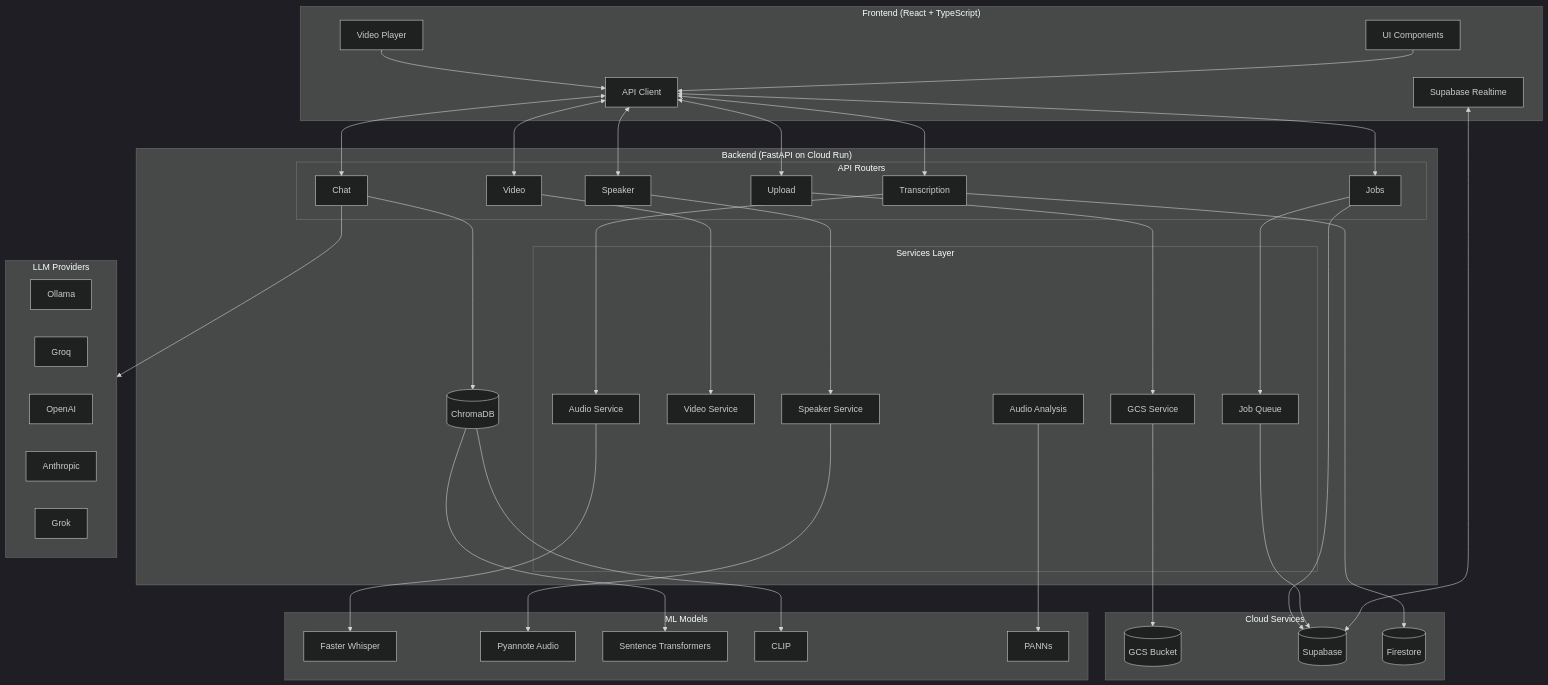
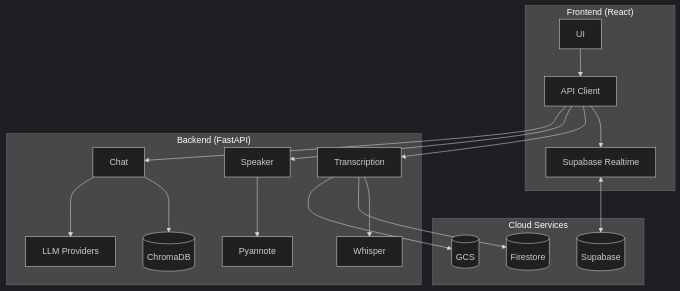
One commit to Ugur22/ai-subtitles changed the diagram in README.md. Above: the diagram before and after it, drawn with Mermaid (dark theme). The commit also changed other lines of this file and 3 other files, not shown here.

First line of the commit message:
Update README.md to reflect new features and streamlined architecture

````diff
--- a/README.md
+++ b/README.md
@@ -86,70 +58,25 @@
 ```mermaid
 flowchart TB
-    subgraph Frontend["Frontend (React + TypeScript)"]
-        UI[UI Components]
-        VP[Video Player]
-        API[API Client]
-        RT[Supabase Realtime]
+    subgraph Frontend["Frontend (React)"]
+        UI[UI] --> API[API Client]
+        API --> RT[Supabase Realtime]
     end
 
     subgraph Cloud["Cloud Services"]
-        GCS[(GCS Bucket)]
+        GCS[(GCS)]
         SB[(Supabase)]
         FS[(Firestore)]
     end
 
-    subgraph Backend["Backend (FastAPI on Cloud Run)"]
-        subgraph Routers["API Routers"]
-            TR[Transcription]
-            SR[Speaker]
-            CR[Chat]
-            VR[Video]
-            UR[Upload]
-            JR[Jobs]
-        end
-
-        subgraph Services["Services Layer"]
-            AS[Audio Service]
-            VS[Video Service]
-            SS[Speaker Service]
-            GS[GCS Service]
-            JS[Job Queue]
-            AAS[Audio Analysis]
-        end
-
-        VDB[(ChromaDB)]
+    subgraph Backend["Backend (FastAPI)"]
+        TR[Transcription] --> WH[Whisper]
+        SR[Speaker] --> PY[Pyannote]
+        CR[Chat] --> VDB[(ChromaDB)]
+        CR --> LLM[LLM Providers]
     end
 
-    subgraph ML["ML Models"]
-        WH[Faster Whisper]
-        PY[Pyannote Audio]
-        EMB[Sentence Transformers]
-        CL[CLIP]
-        PN[PANNs]
-    end
-
-    subgraph LLM["LLM Providers"]
-        OL[Ollama]
-        GRQ[Groq]
-        OA[OpenAI]
-        AN[Anthropic]
-        GRK[Grok]
-    end
-
-    UI --> API
-    VP --> API
+    API --> TR & SR & CR
     RT <--> SB
-    API <--> TR & SR & CR & VR & UR & JR
-
-    UR --> GS --> GCS
-    JR --> JS --> SB
-    TR --> AS --> WH
-    SR --> SS --> PY
-    CR --> VDB --> EMB & CL
-    CR --> LLM
-    VR --> VS
-    AAS --> PN
-
     TR --> FS
-    JR --> SB
+    TR --> GCS
 ```
````
